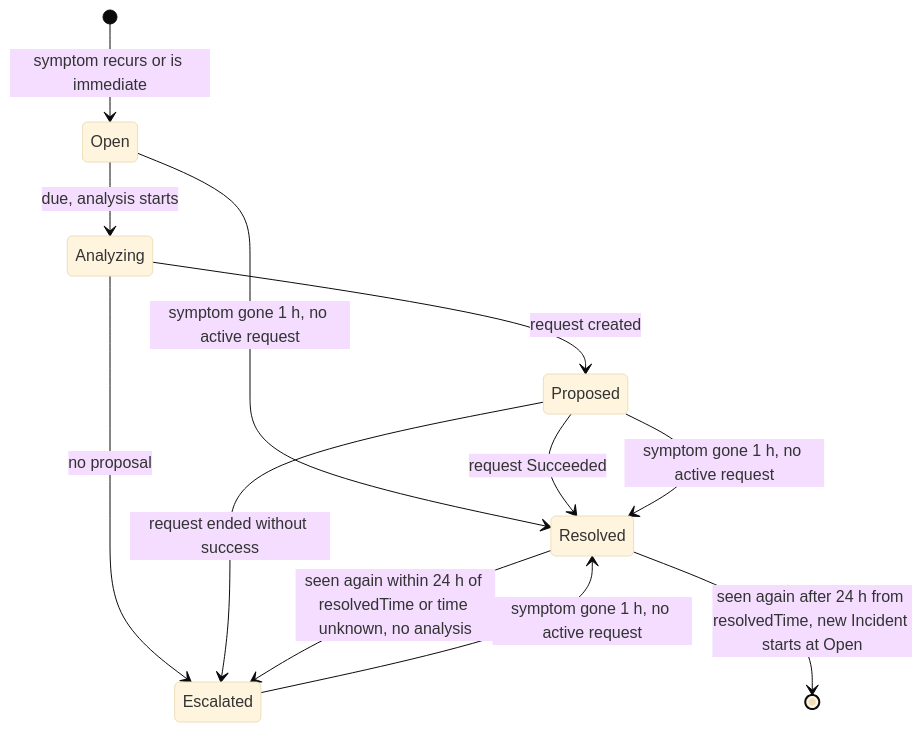
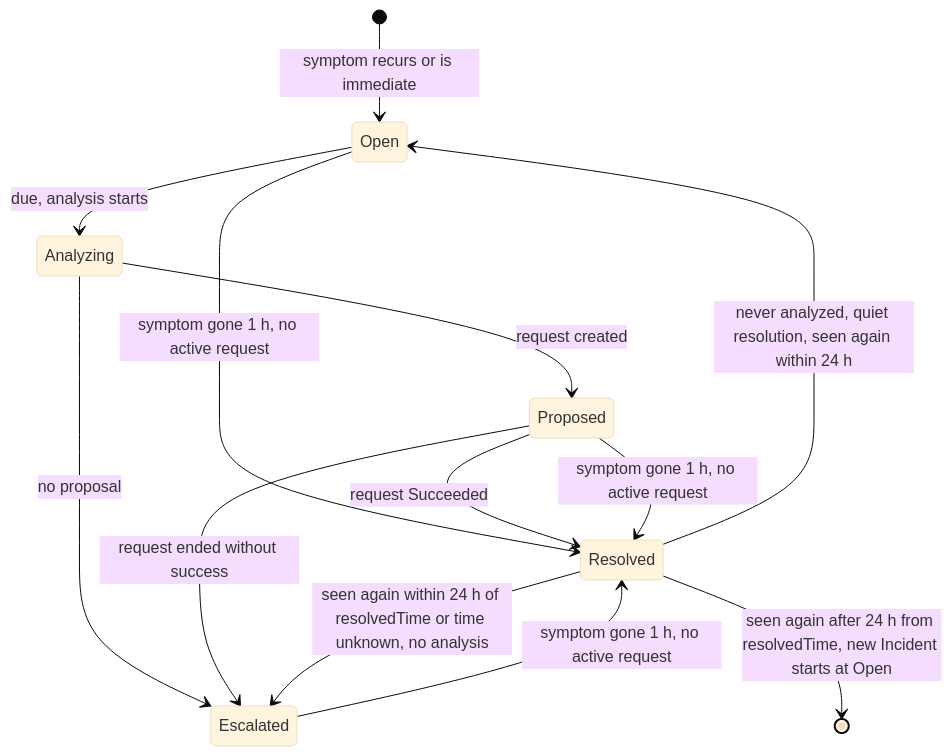
One commit to pkalin/shadewright changed the first of 2 diagrams in docs/design/3-observation-and-deduplication.md. Above: the diagram before and after it, drawn with Mermaid (base theme). The commit also changed other lines of this file and 14 other files, not shown here.

````diff
--- a/docs/design/3-observation-and-deduplication.md
+++ b/docs/design/3-observation-and-deduplication.md
@@ -346,14 +348,15 @@
 ```mermaid
 stateDiagram-v2
     [*] --> Open: symptom recurs or is immediate
     Open --> Analyzing: due, analysis starts
     Analyzing --> Proposed: request created
     Analyzing --> Escalated: no proposal
     Open --> Resolved: symptom gone 1 h, no active request
     Proposed --> Resolved: request Succeeded
     Proposed --> Escalated: request ended without success
     Proposed --> Resolved: symptom gone 1 h, no active request
     Escalated --> Resolved: symptom gone 1 h, no active request
     Resolved --> Escalated: seen again within 24 h of resolvedTime or time unknown, no analysis
+    Resolved --> Open: never analyzed, quiet resolution, seen again within 24 h
     Resolved --> [*]: seen again after 24 h from resolvedTime, new Incident starts at Open
 ```
````
